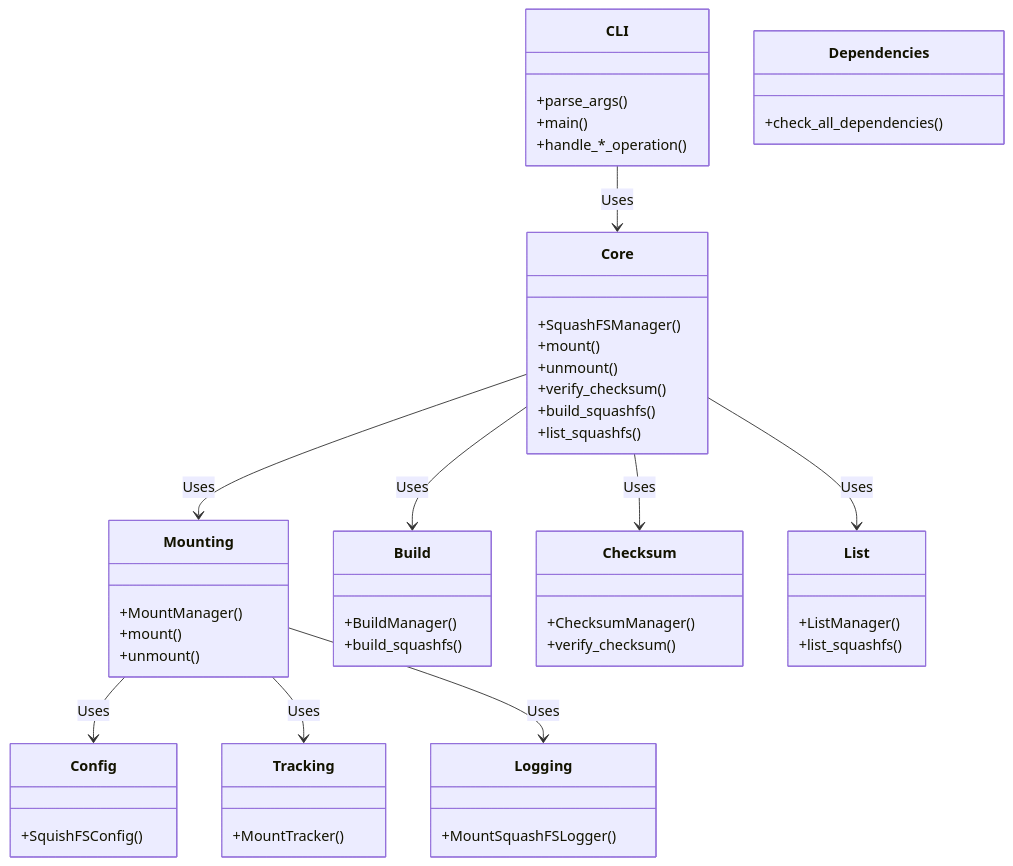
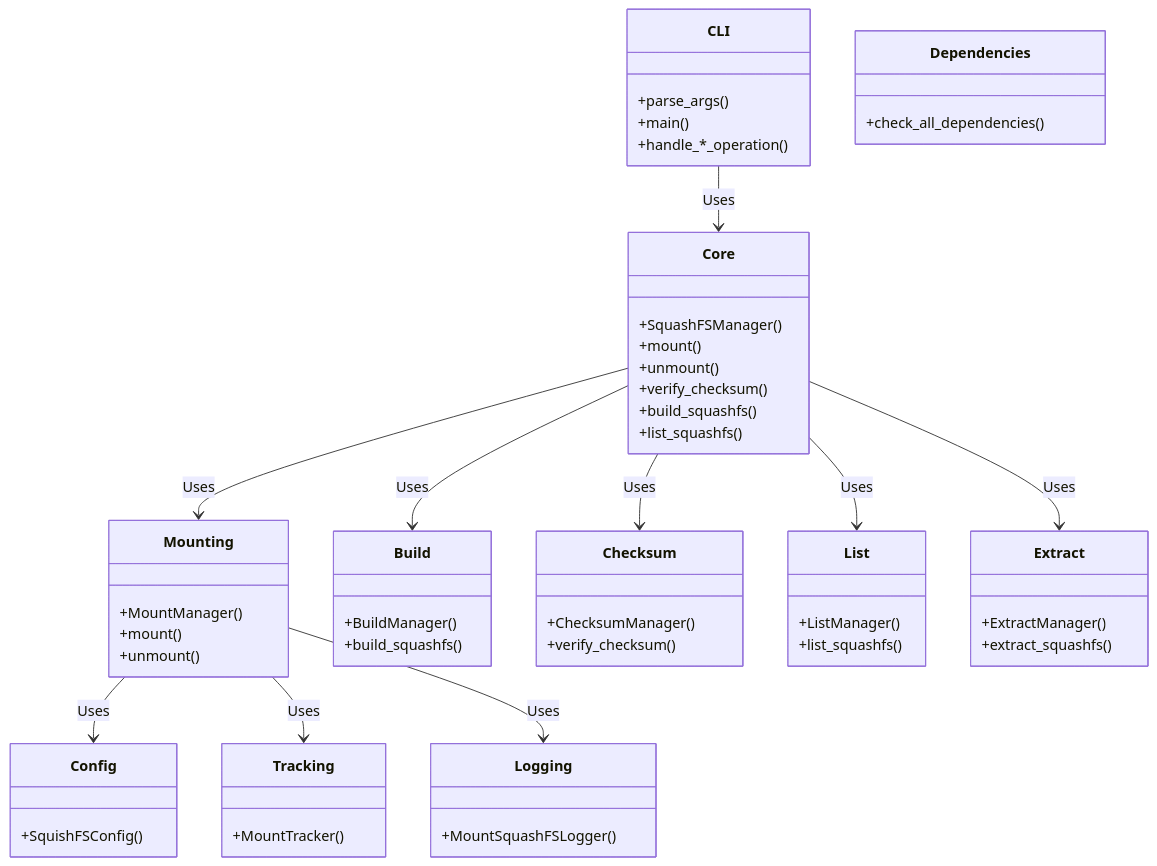
One commit to WombatFromHell/squashfs-archive-helper changed the first of 3 diagrams in DESIGN.md. Above: the diagram before and after it, drawn with Mermaid. The commit also changed other lines of this file and 7 other files, not shown here.

````diff
--- a/DESIGN.md
+++ b/DESIGN.md
@@ -20,63 +20,69 @@
 ```mermaid
 classDiagram
     class CLI {
         +parse_args()
         +main()
         +handle_*_operation()
     }
 
     class Core {
         +SquashFSManager()
         +mount()
         +unmount()
         +verify_checksum()
         +build_squashfs()
         +list_squashfs()
     }
 
     class Mounting {
         +MountManager()
         +mount()
         +unmount()
     }
 
     class Build {
         +BuildManager()
         +build_squashfs()
     }
 
     class Checksum {
         +ChecksumManager()
         +verify_checksum()
     }
 
     class List {
         +ListManager()
         +list_squashfs()
     }
 
+    class Extract {
+        +ExtractManager()
+        +extract_squashfs()
+    }
+
     class Config {
         +SquishFSConfig()
     }
 
     class Tracking {
         +MountTracker()
     }
 
     class Logging {
         +MountSquashFSLogger()
     }
 
     class Dependencies {
         +check_all_dependencies()
     }
 
     CLI --> Core : Uses
     Core --> Mounting : Uses
     Core --> Build : Uses
     Core --> Checksum : Uses
     Core --> List : Uses
+    Core --> Extract : Uses
     Mounting --> Config : Uses
     Mounting --> Tracking : Uses
     Mounting --> Logging : Uses
 ```
````
